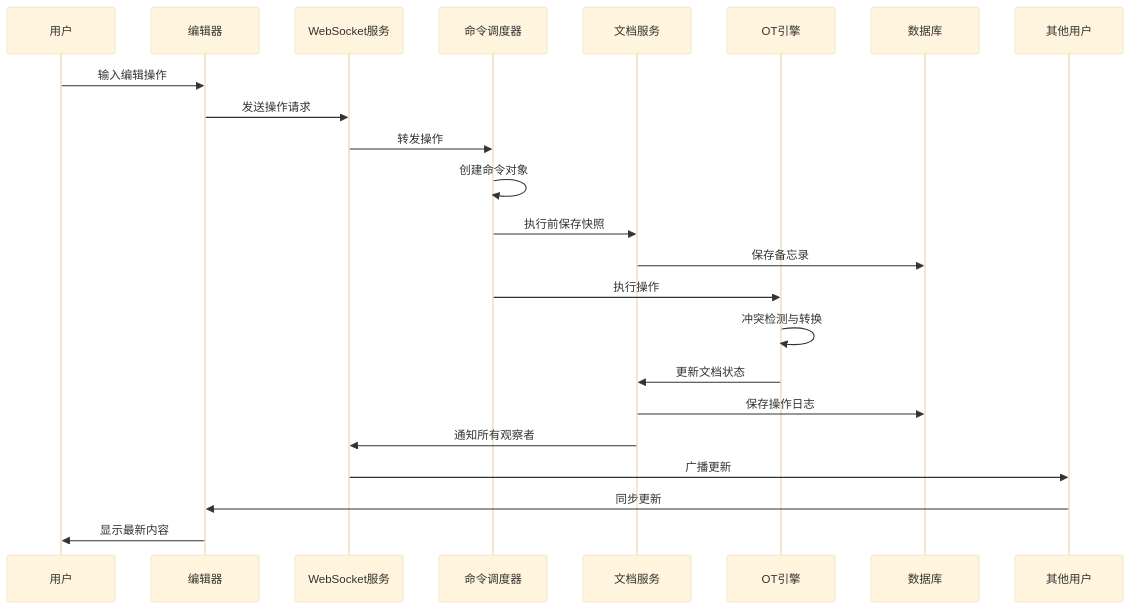
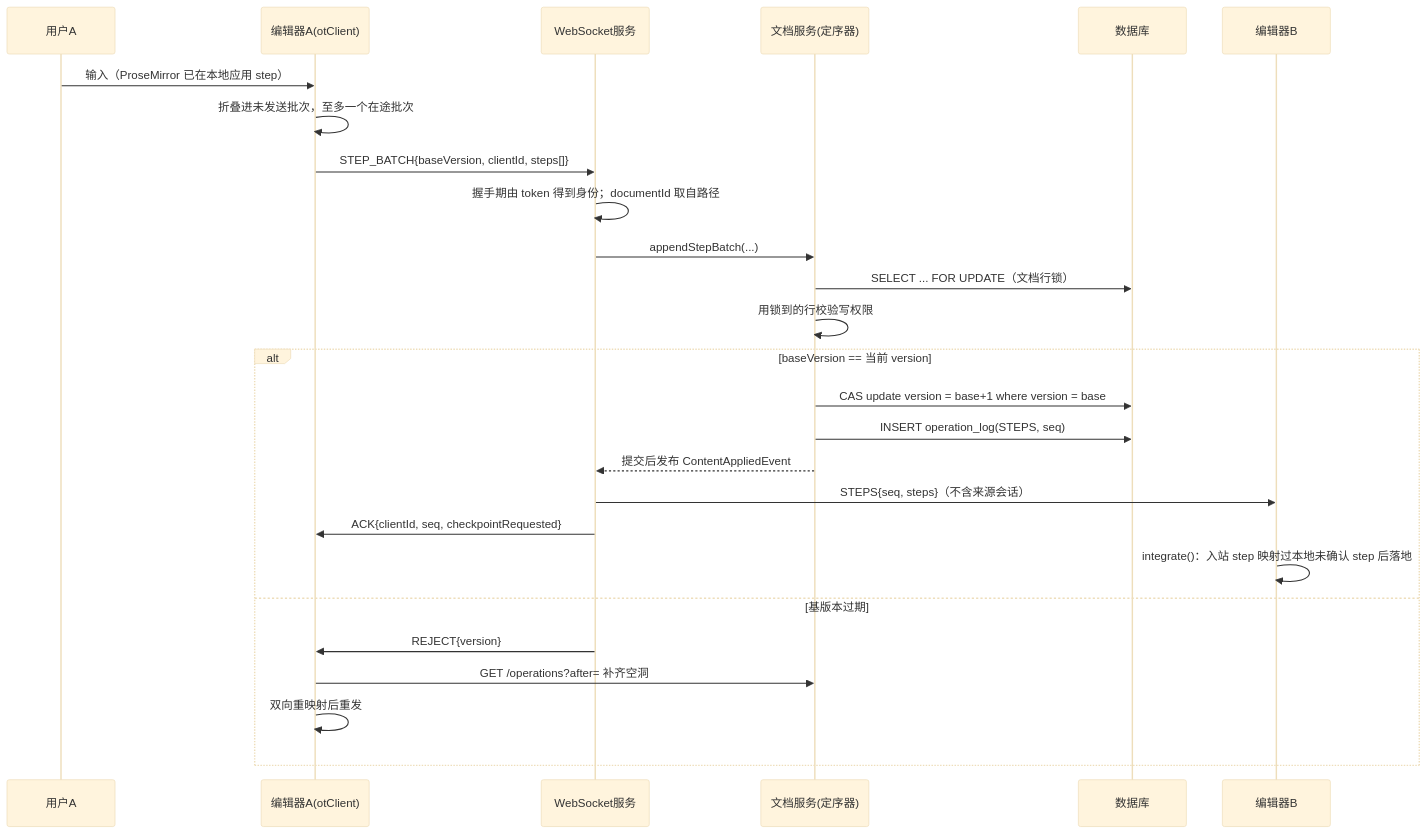
One commit to sky8791-flash/project-design changed the third of 10 diagrams in 系统模式结构图.md. Above: the diagram before and after it, drawn with Mermaid (base theme). The commit also changed other lines of this file and 2 other files, not shown here.

First line of the commit message:
Rewrite the design docs around the sequencer model

````diff
--- a/系统模式结构图.md
+++ b/系统模式结构图.md
@@ -124,26 +97,29 @@
 ```mermaid
 sequenceDiagram
-    participant User as 用户
-    participant Editor as 编辑器
+    participant User as 用户A
+    participant EdA as 编辑器A(otClient)
     participant WS as WebSocket服务
-    participant Cmd as 命令调度器
-    participant Doc as 文档服务
-    participant OT as OT引擎
+    participant Svc as 文档服务(定序器)
     participant DB as 数据库
-    participant Others as 其他用户
-    
-    User->>Editor: 输入编辑操作
-    Editor->>WS: 发送操作请求
-    WS->>Cmd: 转发操作
-    Cmd->>Cmd: 创建命令对象
-    Cmd->>Doc: 执行前保存快照
-    Doc->>DB: 保存备忘录
-    Cmd->>OT: 执行操作
-    OT->>OT: 冲突检测与转换
-    OT->>Doc: 更新文档状态
-    Doc->>DB: 保存操作日志
-    Doc->>WS: 通知所有观察者
-    WS->>Others: 广播更新
-    Others->>Editor: 同步更新
-    Editor->>User: 显示最新内容
+    participant EdB as 编辑器B
+
+    User->>EdA: 输入（ProseMirror 已在本地应用 step）
+    EdA->>EdA: 折叠进未发送批次，至多一个在途批次
+    EdA->>WS: STEP_BATCH{baseVersion, clientId, steps[]}
+    WS->>WS: 握手期由 token 得到身份；documentId 取自路径
+    WS->>Svc: appendStepBatch(...)
+    Svc->>DB: SELECT ... FOR UPDATE（文档行锁）
+    Svc->>Svc: 用锁到的行校验写权限
+    alt baseVersion == 当前 version
+        Svc->>DB: CAS update version = base+1 where version = base
+        Svc->>DB: INSERT operation_log(STEPS, seq)
+        Svc-->>WS: 提交后发布 ContentAppliedEvent
+        WS->>EdB: STEPS{seq, steps}（不含来源会话）
+        WS->>EdA: ACK{clientId, seq, checkpointRequested}
+        EdB->>EdB: integrate()：入站 step 映射过本地未确认 step 后落地
+    else 基版本过期
+        WS->>EdA: REJECT{version}
+        EdA->>Svc: GET /operations?after= 补齐空洞
+        EdA->>EdA: 双向重映射后重发
+    end
 ```
````
